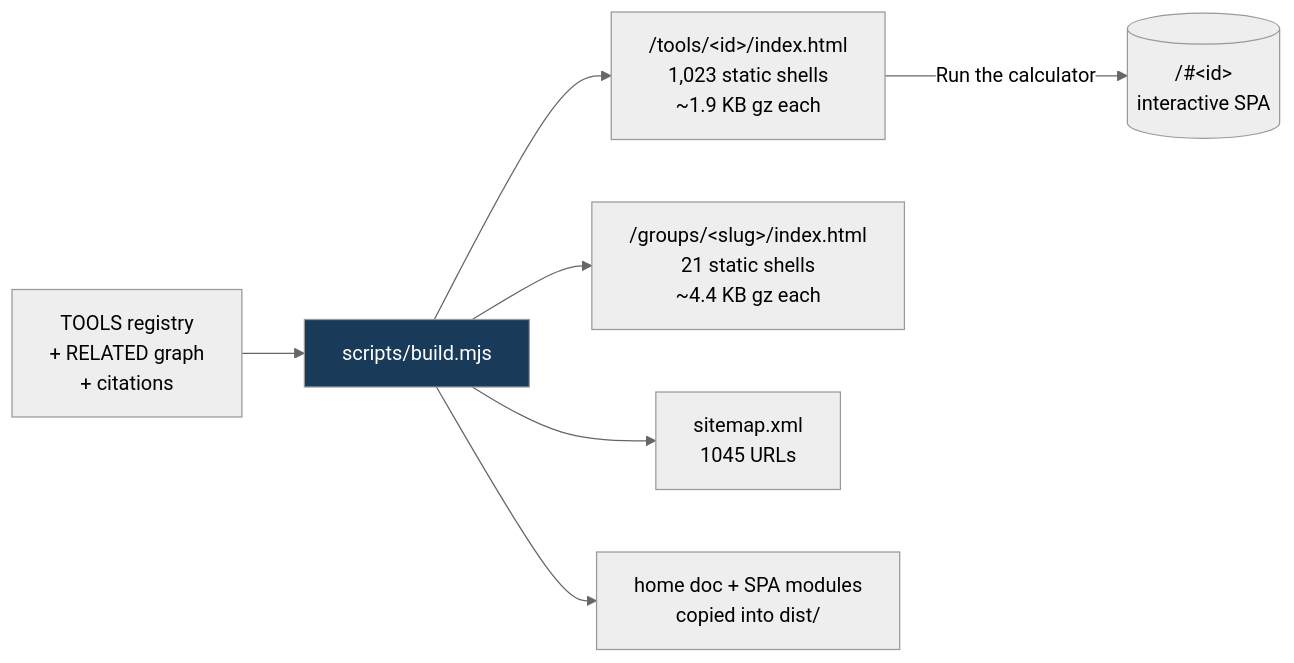
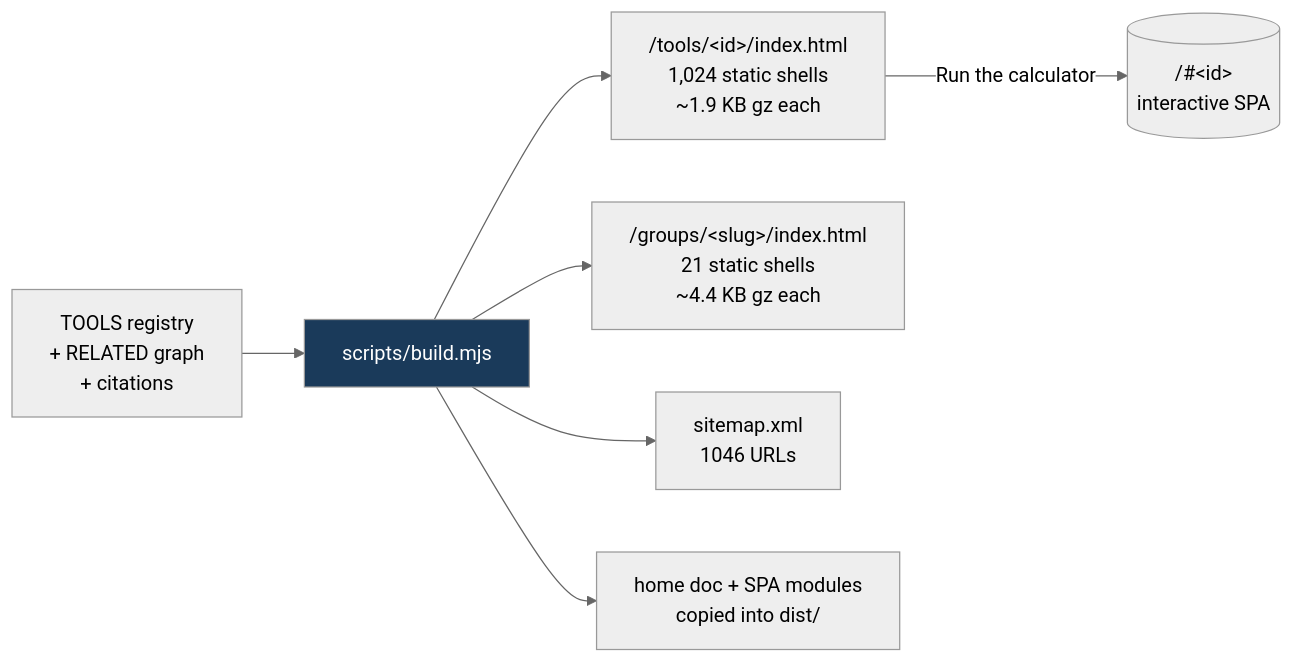
Before and after one commit to clay-good/roughlogic.com: the fifth of 8 diagrams in README.md, drawn with Mermaid (neutral theme). The commit also changed other lines of this file and 13 other files, not shown here.

Commit message:
feat(water): land spec-v571 -- ras-flow-rate tile

````diff
--- a/README.md
+++ b/README.md
@@ -495,10 +495,10 @@
 ```mermaid
 flowchart LR
     SRC[TOOLS registry\n+ RELATED graph\n+ citations] --> BUILD[scripts/build.mjs]
-    BUILD --> TILE["/tools/&lt;id&gt;/index.html\n1,023 static shells\n~1.9 KB gz each"]
+    BUILD --> TILE["/tools/&lt;id&gt;/index.html\n1,024 static shells\n~1.9 KB gz each"]
     BUILD --> GROUP["/groups/&lt;slug&gt;/index.html\n21 static shells\n~4.4 KB gz each"]
-    BUILD --> MAP["sitemap.xml\n1045 URLs"]
+    BUILD --> MAP["sitemap.xml\n1046 URLs"]
     BUILD --> COPY[home doc + SPA modules\ncopied into dist/]
     TILE -->|Run the calculator| SPA[("/#&lt;id&gt;\ninteractive SPA")]
     style BUILD fill:#1a3a5a,color:#fff
 ```
````
